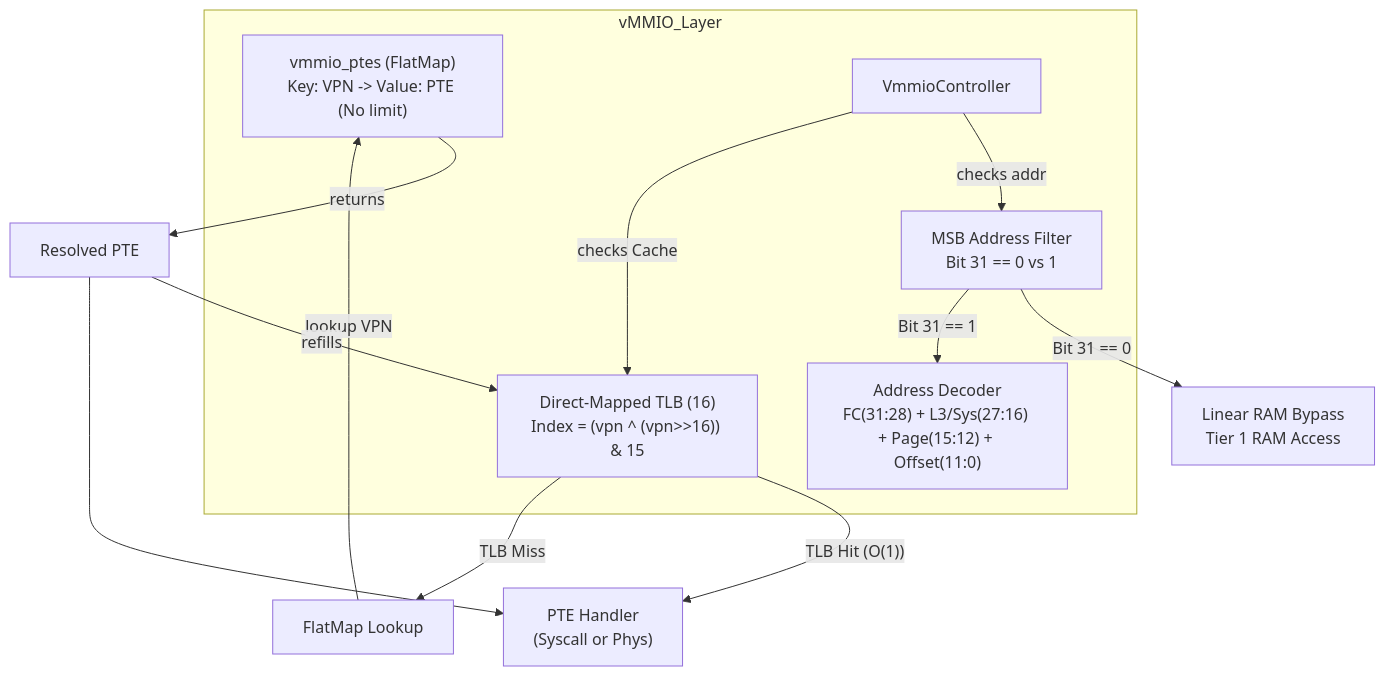
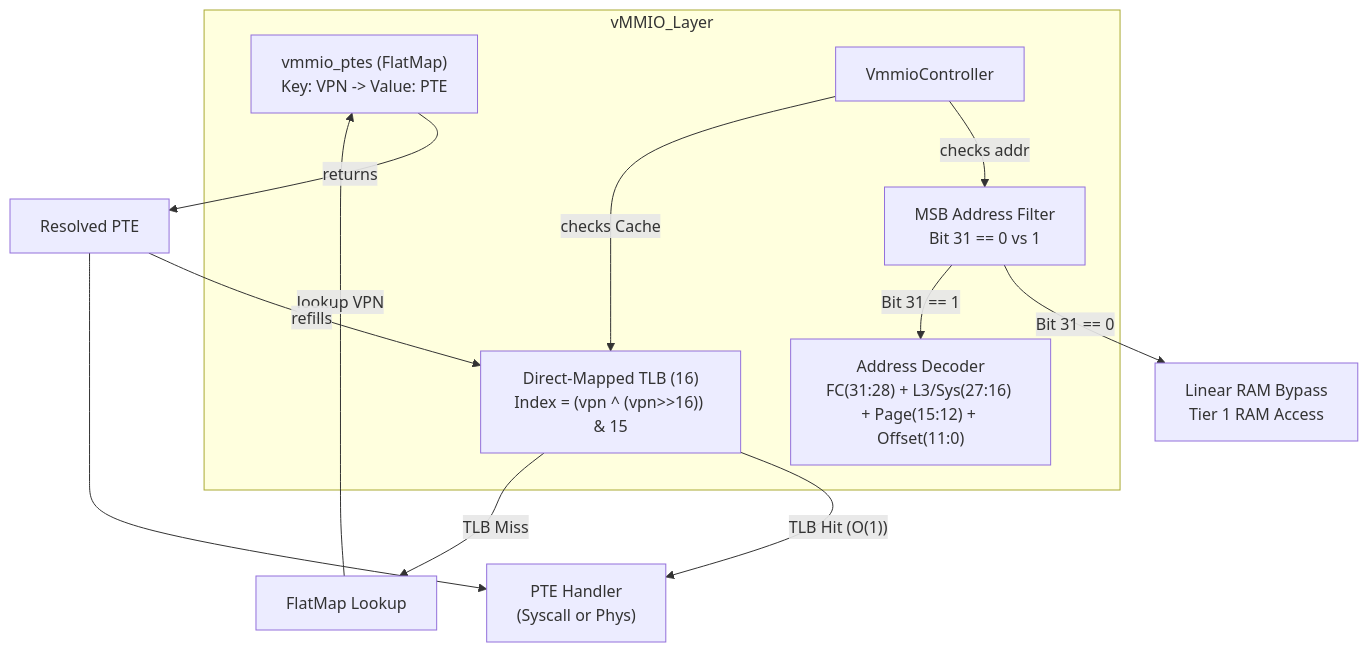
The first of 3 diagrams in docs/components/tier2_runtime/runtime_vmmio.md (kmt-t/fireball), drawn with Mermaid before and after one commit. The commit also changed other lines of this file and 4 other files, not shown here.

Commit message:
refactor(docs): clean up unnecessary limit/restriction comments on vMMIO FlatMap

````diff
--- a/docs/components/tier2_runtime/runtime_vmmio.md
+++ b/docs/components/tier2_runtime/runtime_vmmio.md
@@ -57,21 +57,21 @@
 ```mermaid
 graph TD
     subgraph vMMIO_Layer
         Filter["MSB Address Filter<br/>Bit 31 == 0 vs 1"]
         Decoder["Address Decoder<br/>FC(31:28) + L3/Sys(27:16) + Page(15:12) + Offset(11:0)"]
-        FlatMap["vmmio_ptes (FlatMap)<br/>Key: VPN -> Value: PTE (No limit)"]
+        FlatMap["vmmio_ptes (FlatMap)<br/>Key: VPN -> Value: PTE"]
         TLB["Direct-Mapped TLB (16)<br/>Index = (vpn ^ (vpn>>16)) & 15"]
         Controller["VmmioController"]
     end
 
     Controller -- checks addr --> Filter
     Filter -- Bit 31 == 0 --> Bypass[Linear RAM Bypass\nTier 1 RAM Access]
     Filter -- Bit 31 == 1 --> Decoder
     Controller -- checks Cache --> TLB
     TLB -- TLB Hit (O(1)) --> Handler["PTE Handler\n(Syscall or Phys)"]
     TLB -- TLB Miss --> Walk[FlatMap Lookup]
     Walk -- lookup VPN --> FlatMap
     FlatMap -- returns --> WalkResult[Resolved PTE]
     WalkResult -- refills --> TLB
     WalkResult --> Handler
 ```
````
